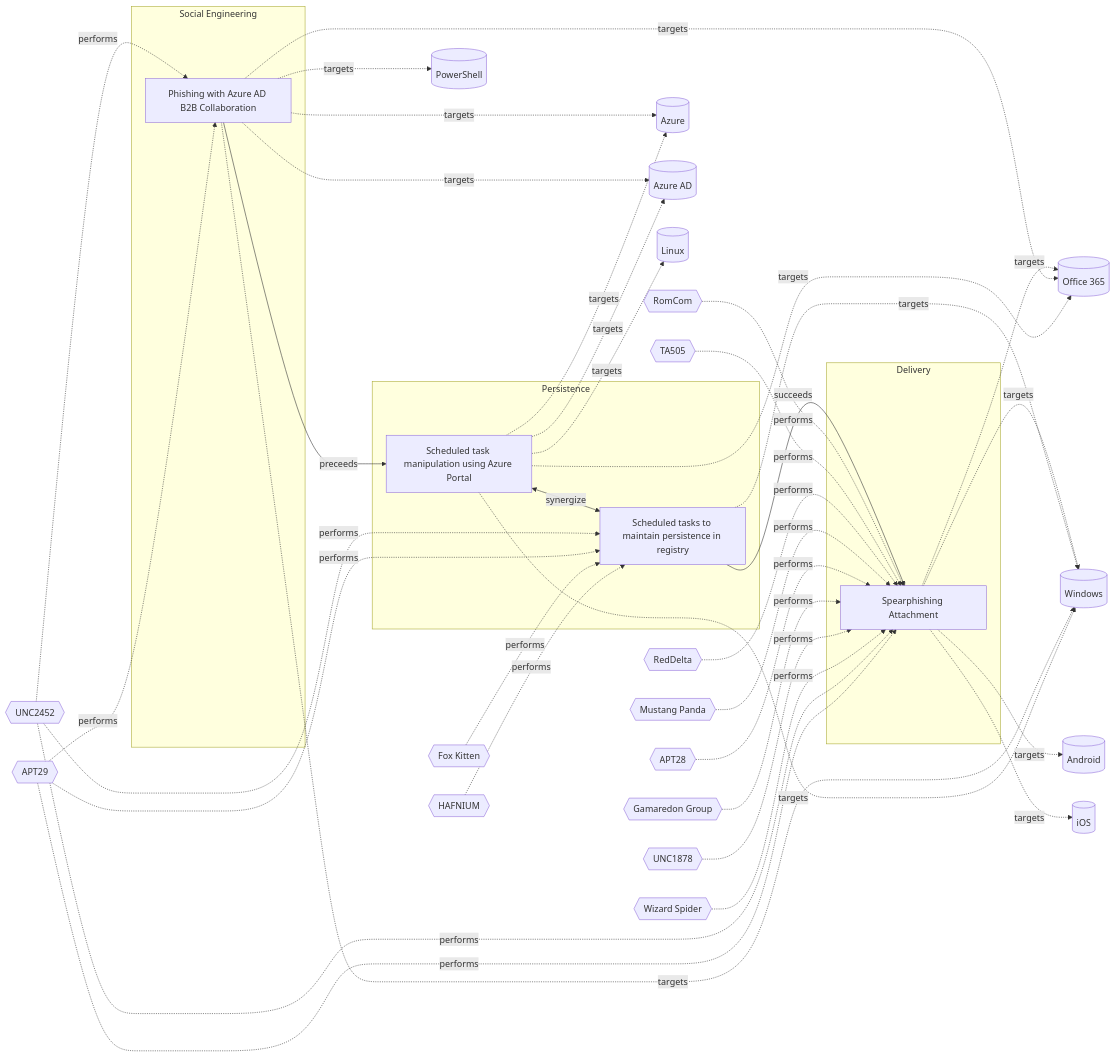
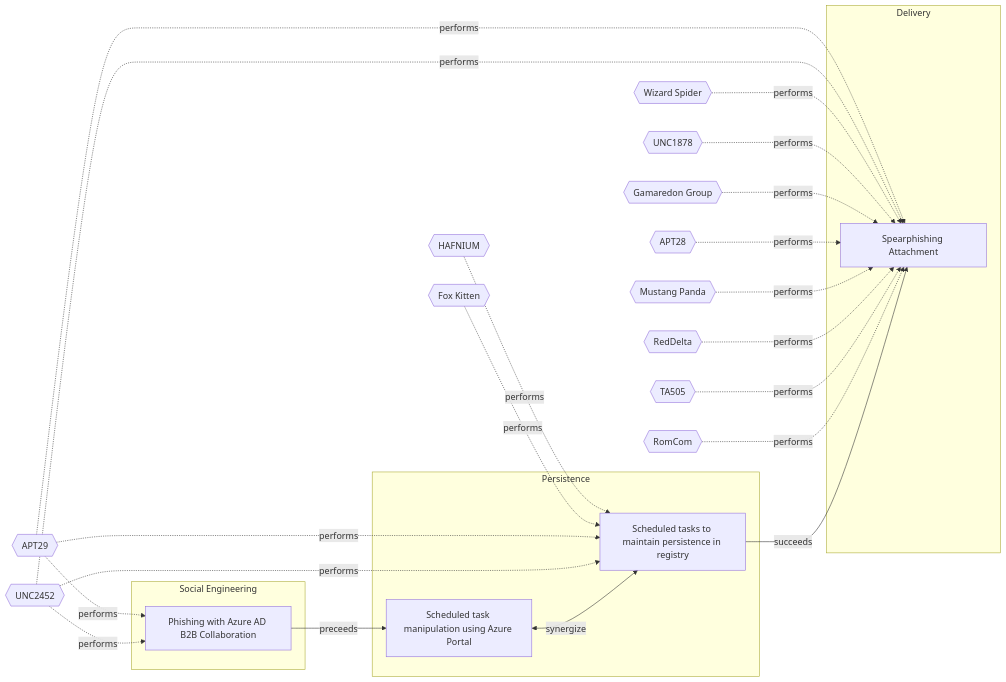
Before and after one commit to OpenTideHQ/WikiTide: the diagram in Models/Threat Vectors/☣️ Phishing with Azure AD B2B Collaboration.md, drawn with Mermaid. The commit also changed other lines of this file and 232 other files, not shown here.

````diff
--- a/Models/Threat Vectors/☣️ Phishing with Azure AD B2B Collaboration.md
+++ b/Models/Threat Vectors/☣️ Phishing with Azure AD B2B Collaboration.md
@@ -79,78 +79,55 @@
 ```mermaid
 
 flowchart LR
 
 437a43b9-6344-45a9-915b-d733d23173ae[Scheduled task manipulation using Azure Portal]
 f9a6f927-d08c-40c1-85af-01331c471def[Phishing with Azure AD B2B Collaboration]
 5e66f826-4c4b-4357-b9c5-2f40da207f34[Scheduled tasks to maintain persistence in registry]
 dd5d942c-bac4-4000-b9a6-ca4fef6cfb84[Spearphishing Attachment]
 
 subgraph Persistence
 437a43b9-6344-45a9-915b-d733d23173ae
 5e66f826-4c4b-4357-b9c5-2f40da207f34
 end
 subgraph Social Engineering
 f9a6f927-d08c-40c1-85af-01331c471def
 end
 subgraph Delivery
 dd5d942c-bac4-4000-b9a6-ca4fef6cfb84
 end
 
-Azure[(Azure)]
-AzureAD[(Azure AD)]
-Office365[(Office 365)]
-Windows[(Windows)]
-Linux[(Linux)]
-PowerShell[(PowerShell)]
-Android[(Android)]
-iOS[(iOS)]
 APT29{{APT29}}
 UNC2452{{UNC2452}}
 HAFNIUM{{HAFNIUM}}
 FoxKitten{{Fox Kitten}}
 WizardSpider{{Wizard Spider}}
 UNC1878{{UNC1878}}
 GamaredonGroup{{Gamaredon Group}}
 APT28{{APT28}}
 MustangPanda{{Mustang Panda}}
 RedDelta{{RedDelta}}
 TA505{{TA505}}
 RomCom{{RomCom}}
 
-437a43b9-6344-45a9-915b-d733d23173ae -.->|targets| Azure
-437a43b9-6344-45a9-915b-d733d23173ae -.->|targets| AzureAD
-437a43b9-6344-45a9-915b-d733d23173ae -.->|targets| Office365
-437a43b9-6344-45a9-915b-d733d23173ae -.->|targets| Windows
-437a43b9-6344-45a9-915b-d733d23173ae -.->|targets| Linux
-f9a6f927-d08c-40c1-85af-01331c471def -.->|targets| Windows
-f9a6f927-d08c-40c1-85af-01331c471def -.->|targets| Office365
-f9a6f927-d08c-40c1-85af-01331c471def -.->|targets| AzureAD
-f9a6f927-d08c-40c1-85af-01331c471def -.->|targets| Azure
-f9a6f927-d08c-40c1-85af-01331c471def -.->|targets| PowerShell
-5e66f826-4c4b-4357-b9c5-2f40da207f34 -.->|targets| Windows
-dd5d942c-bac4-4000-b9a6-ca4fef6cfb84 -.->|targets| Windows
-dd5d942c-bac4-4000-b9a6-ca4fef6cfb84 -.->|targets| Office365
-dd5d942c-bac4-4000-b9a6-ca4fef6cfb84 -.->|targets| Android
-dd5d942c-bac4-4000-b9a6-ca4fef6cfb84 -.->|targets| iOS
 APT29 -.-> |performs| f9a6f927-d08c-40c1-85af-01331c471def
 UNC2452 -.-> |performs| f9a6f927-d08c-40c1-85af-01331c471def
 HAFNIUM -.-> |performs| 5e66f826-4c4b-4357-b9c5-2f40da207f34
 FoxKitten -.-> |performs| 5e66f826-4c4b-4357-b9c5-2f40da207f34
 APT29 -.-> |performs| 5e66f826-4c4b-4357-b9c5-2f40da207f34
 UNC2452 -.-> |performs| 5e66f826-4c4b-4357-b9c5-2f40da207f34
 APT29 -.-> |performs| dd5d942c-bac4-4000-b9a6-ca4fef6cfb84
 UNC2452 -.-> |performs| dd5d942c-bac4-4000-b9a6-ca4fef6cfb84
 WizardSpider -.-> |performs| dd5d942c-bac4-4000-b9a6-ca4fef6cfb84
 UNC1878 -.-> |performs| dd5d942c-bac4-4000-b9a6-ca4fef6cfb84
 GamaredonGroup -.-> |performs| dd5d942c-bac4-4000-b9a6-ca4fef6cfb84
 APT28 -.-> |performs| dd5d942c-bac4-4000-b9a6-ca4fef6cfb84
 MustangPanda -.-> |performs| dd5d942c-bac4-4000-b9a6-ca4fef6cfb84
 RedDelta -.-> |performs| dd5d942c-bac4-4000-b9a6-ca4fef6cfb84
 TA505 -.-> |performs| dd5d942c-bac4-4000-b9a6-ca4fef6cfb84
 RomCom -.-> |performs| dd5d942c-bac4-4000-b9a6-ca4fef6cfb84
 
 f9a6f927-d08c-40c1-85af-01331c471def -->|preceeds| 437a43b9-6344-45a9-915b-d733d23173ae
 437a43b9-6344-45a9-915b-d733d23173ae <-->|synergize| 5e66f826-4c4b-4357-b9c5-2f40da207f34
 5e66f826-4c4b-4357-b9c5-2f40da207f34 -->|succeeds| dd5d942c-bac4-4000-b9a6-ca4fef6cfb84
 
 ```
````
